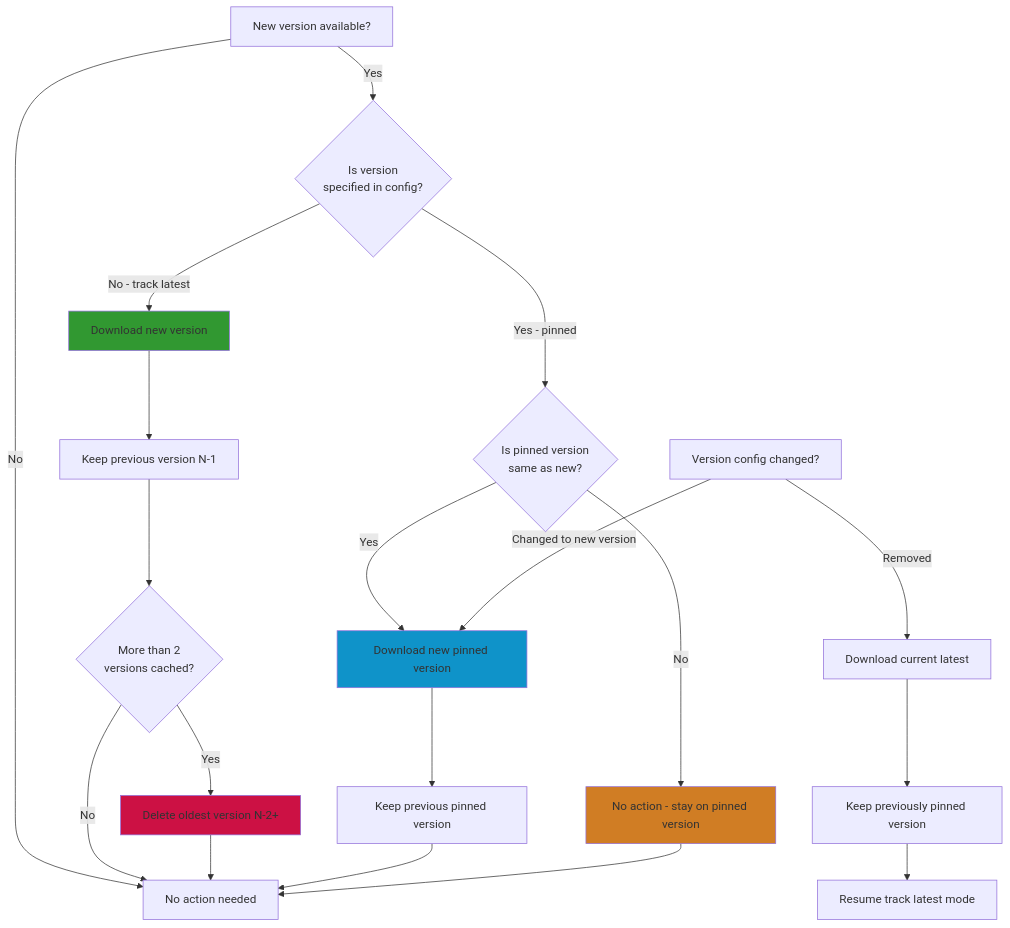
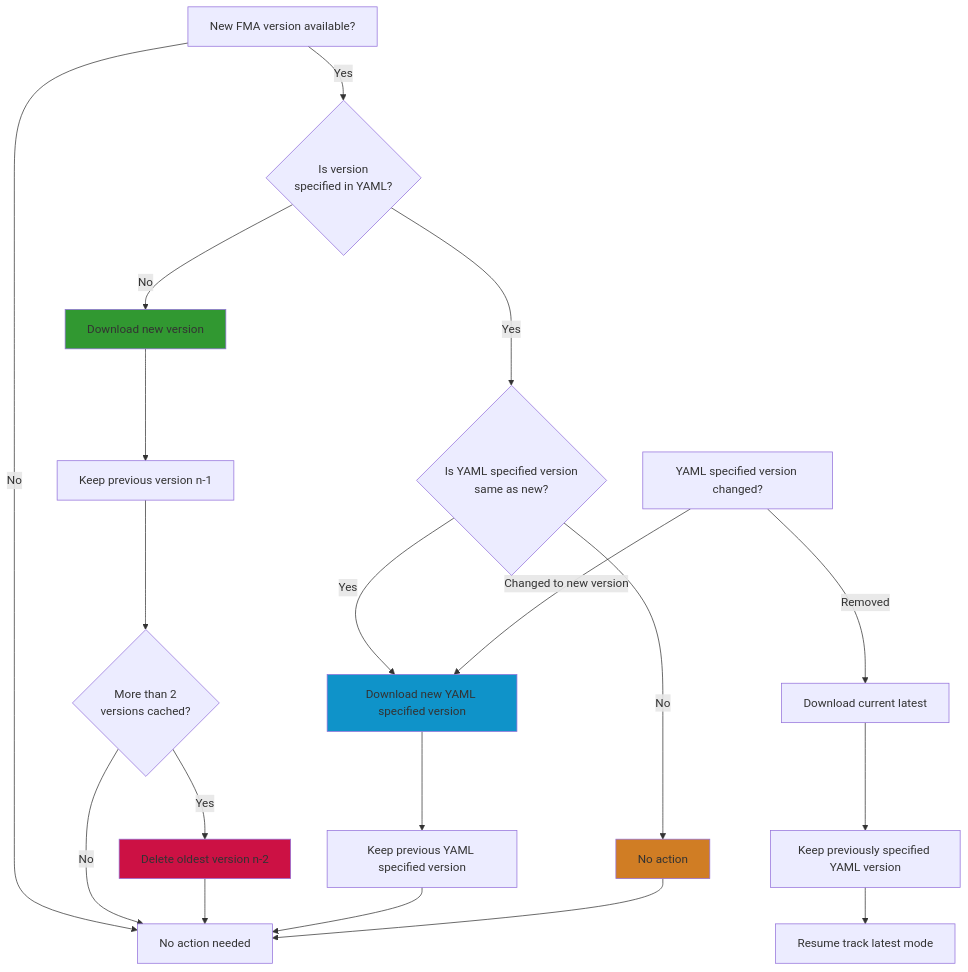
The fourth of 4 diagrams in docs/Contributing/product-groups/software/rollback-fleet-maintained-app-version.md (fleetdm/fleet), drawn with Mermaid before and after one commit. The commit also changed other lines of this file, not shown here.

Commit message:
update wording

````diff
--- a/docs/Contributing/product-groups/software/rollback-fleet-maintained-app-version.md
+++ b/docs/Contributing/product-groups/software/rollback-fleet-maintained-app-version.md
@@ -142,30 +142,30 @@
 ```mermaid
 flowchart TD
-    A[New version available?] -->|Yes| B{Is version<br/>specified in config?}
+    A[New FMA version available?] -->|Yes| B{Is version<br/>specified in YAML?}
     A -->|No| Z[No action needed]
     
-    B -->|No - track latest| C[Download new version]
-    C --> D[Keep previous version N-1]
+    B -->|No| C[Download new version]
+    C --> D[Keep previous version n-1]
     D --> E{More than 2<br/>versions cached?}
-    E -->|Yes| F[Delete oldest version N-2+]
+    E -->|Yes| F[Delete oldest version n-2]
     E -->|No| Z
     F --> Z
     
-    B -->|Yes - pinned| G{Is pinned version<br/>same as new?}
-    G -->|Yes| H[Download new pinned version]
-    H --> I[Keep previous pinned version]
+    B -->|Yes| G{Is YAML specified version<br/>same as new?}
+    G -->|Yes| H[Download new YAML specified version]
+    H --> I[Keep previous YAML specified version]
     I --> Z
-    G -->|No| J[No action - stay on pinned version]
+    G -->|No| J[No action]
     J --> Z
 
-    K[Version config changed?] -->|Removed| L[Download current latest]
-    L --> M[Keep previously pinned version]
+    K[YAML specified version changed?] -->|Removed| L[Download current latest]
+    L --> M[Keep previously specified YAML version]
     M --> N[Resume track latest mode]
     
     K -->|Changed to new version| H
 
     style C fill:#319831
     style H fill:#0F93C9
     style F fill:#CC1144
     style J fill:#D07D24
 ```
````
